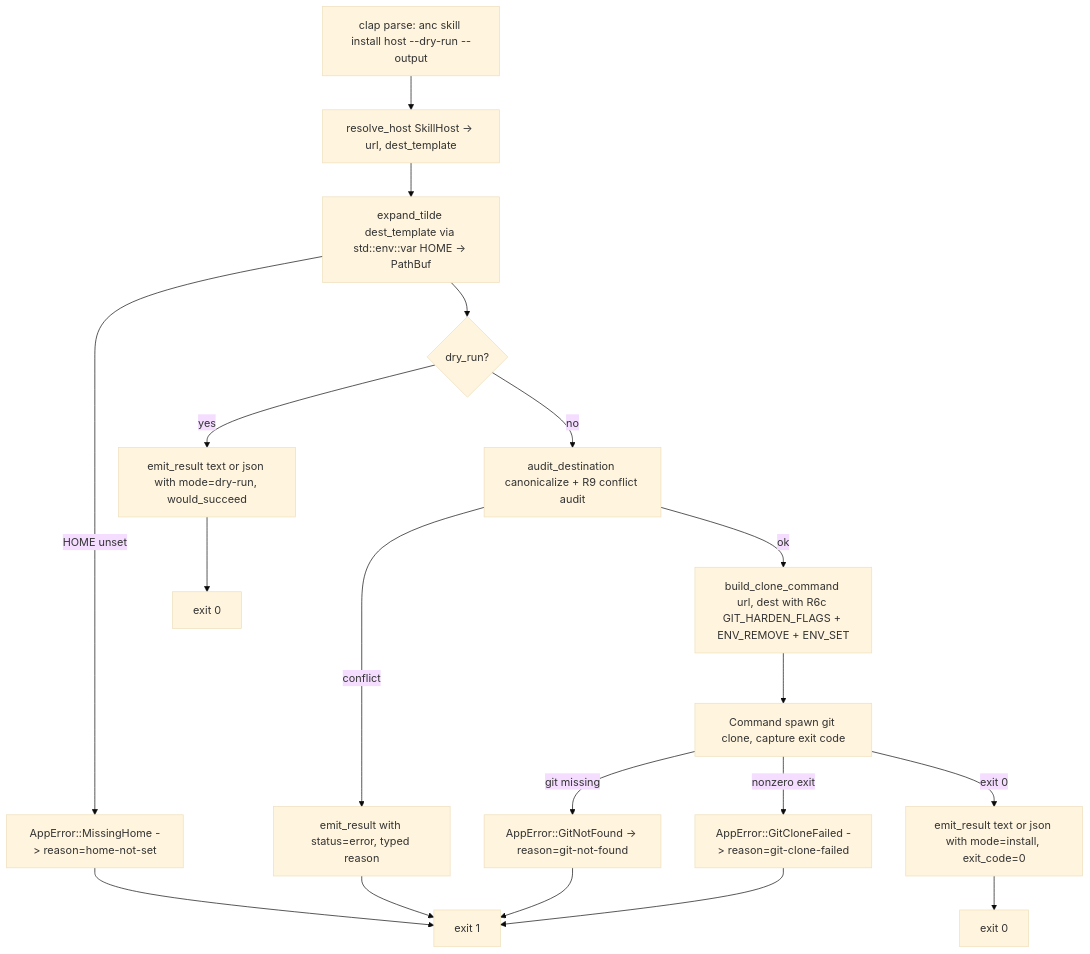
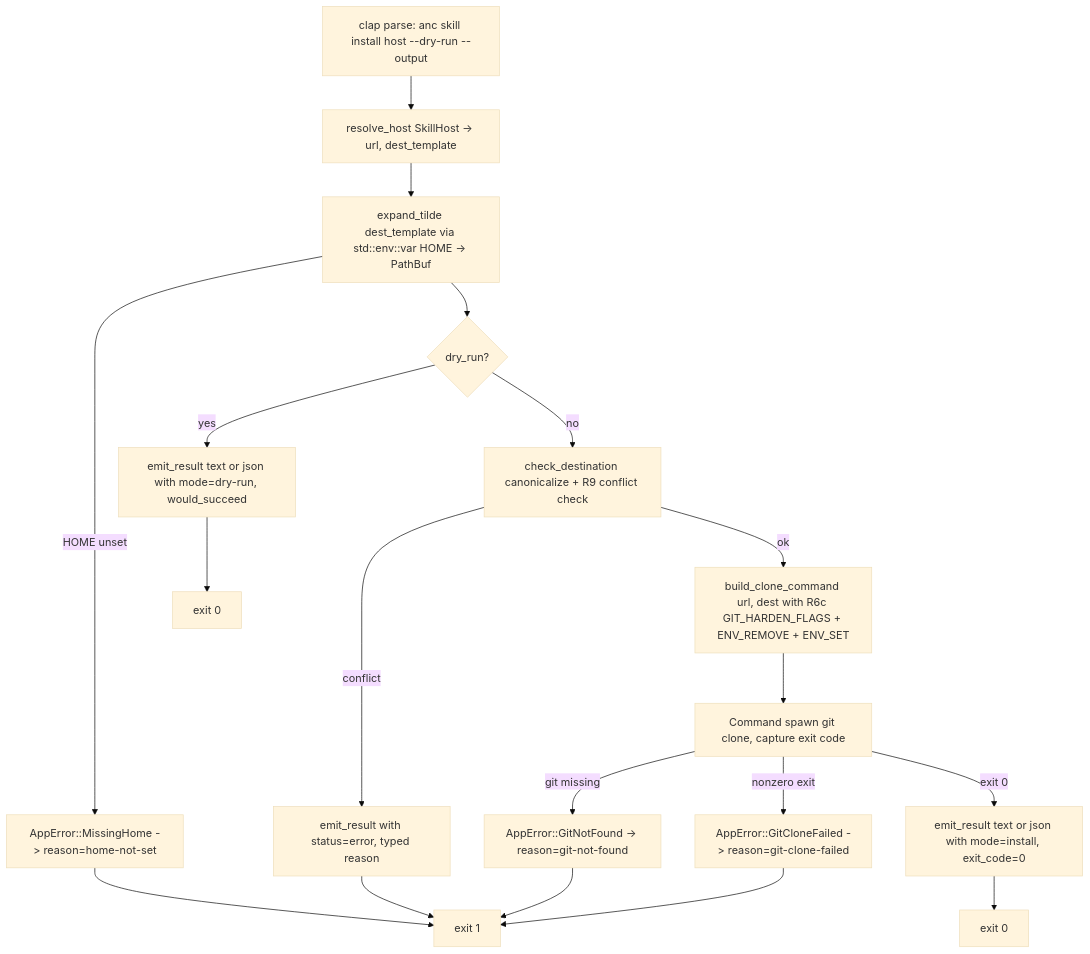
Before and after one commit to brettdavies/agentnative-cli: the diagram in docs/plans/2026-04-29-002-feat-skill-subcommand-plan.md, drawn with Mermaid (base theme). The commit also changed other lines of this file and 30 other files, not shown here.

First line of the commit message:
refactor: fix over-renames found by an exhaustive check→audit audit

````diff
--- a/docs/plans/2026-04-29-002-feat-skill-subcommand-plan.md
+++ b/docs/plans/2026-04-29-002-feat-skill-subcommand-plan.md
@@ -354,21 +354,21 @@
 ```mermaid
 flowchart TD
     A["clap parse: anc skill install host --dry-run --output"] --> B["resolve_host SkillHost -> url, dest_template"]
     B --> C["expand_tilde dest_template via std::env::var HOME -> PathBuf"]
     C -->|HOME unset| Z1["AppError::MissingHome -> reason=home-not-set"]
     C --> D{"dry_run?"}
     D -->|yes| E["emit_result text or json with mode=dry-run, would_succeed"]
-    D -->|no| F["audit_destination canonicalize + R9 conflict audit"]
+    D -->|no| F["check_destination canonicalize + R9 conflict check"]
     F -->|conflict| G["emit_result with status=error, typed reason"]
     F -->|ok| H["build_clone_command url, dest with R6c GIT_HARDEN_FLAGS + ENV_REMOVE + ENV_SET"]
     H --> I["Command spawn git clone, capture exit code"]
     I -->|git missing| Z2["AppError::GitNotFound -> reason=git-not-found"]
     I -->|nonzero exit| Z3["AppError::GitCloneFailed -> reason=git-clone-failed"]
     I -->|exit 0| J["emit_result text or json with mode=install, exit_code=0"]
     E --> K["exit 0"]
     G --> L["exit 1"]
     J --> M["exit 0"]
     Z1 --> L
     Z2 --> L
     Z3 --> L
 ```
````
